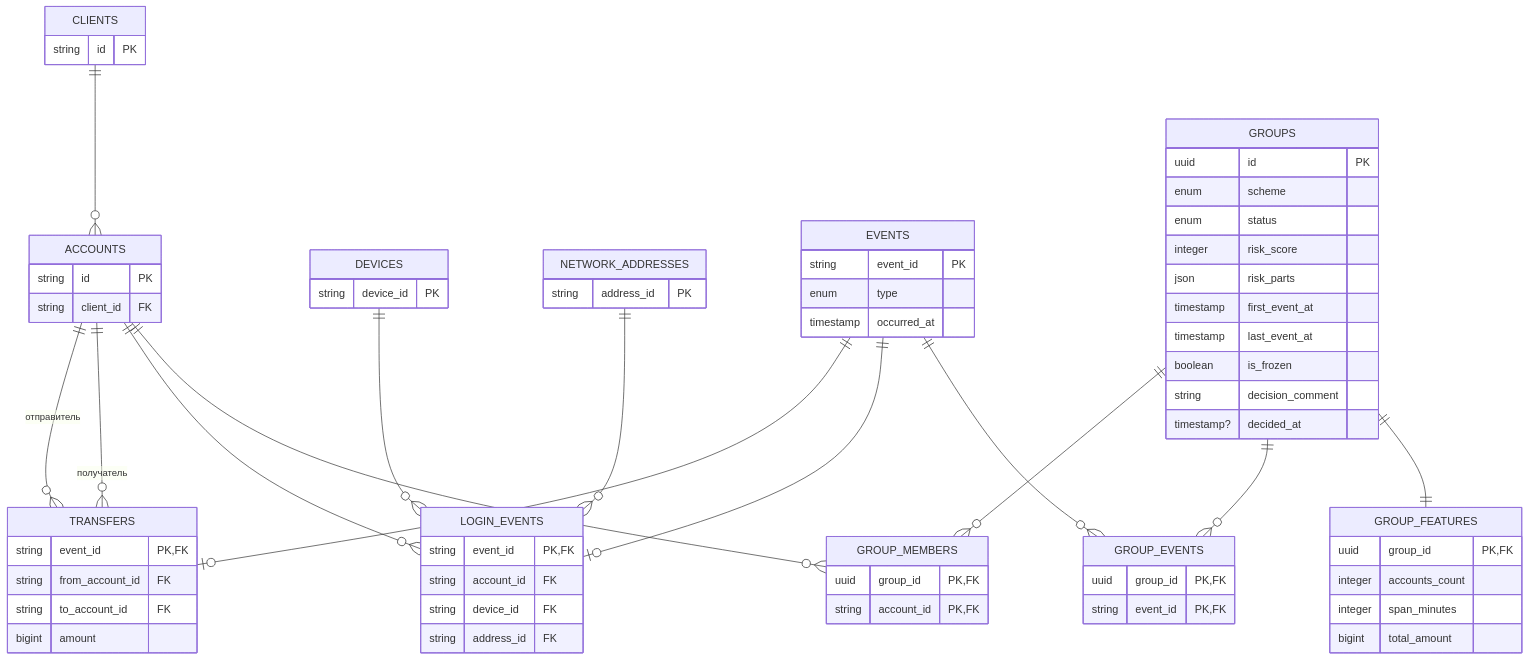
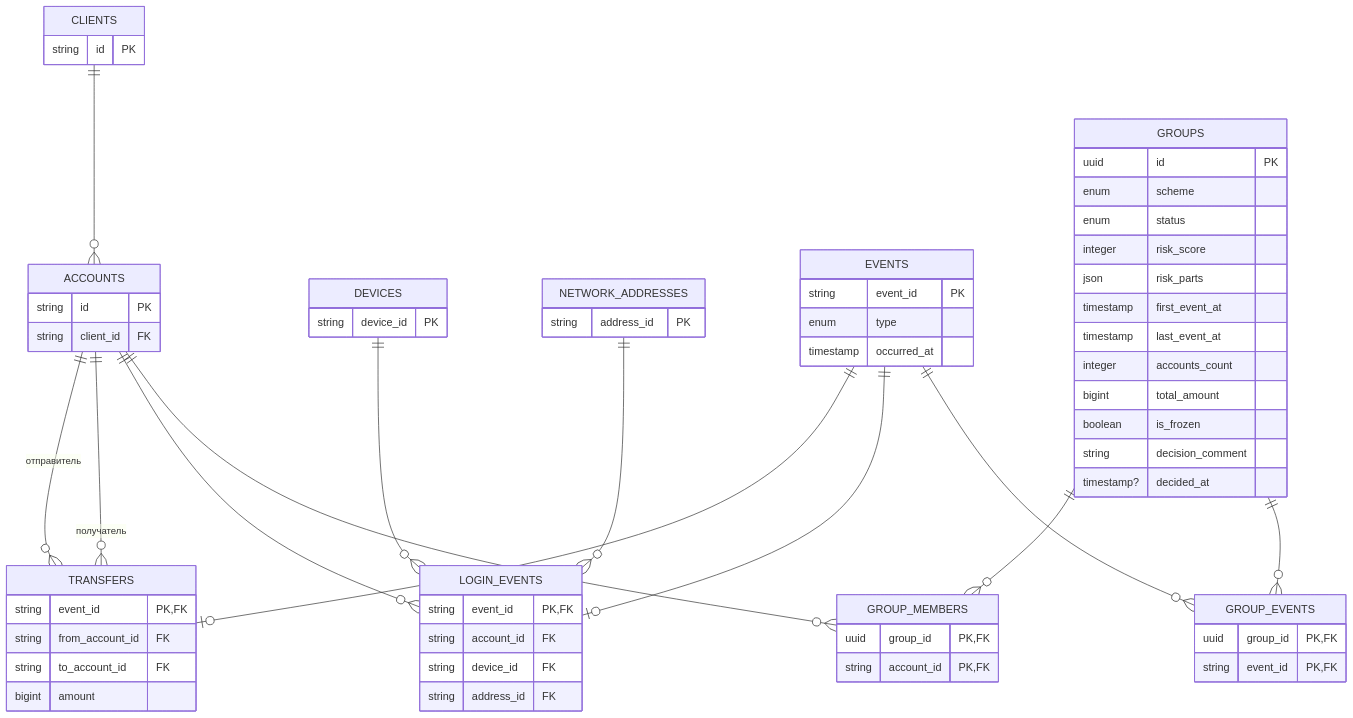
Before and after one commit to feytox/shugraph: the diagram in docs/entities.md, drawn with Mermaid. The commit also changed other lines of this file and 1 other file, not shown here.

````diff
--- a/docs/entities.md
+++ b/docs/entities.md
@@ -5,72 +5,67 @@
 ```mermaid
 erDiagram
     CLIENTS {
         string id PK
     }
     ACCOUNTS {
         string id PK
         string client_id FK
     }
     DEVICES {
         string device_id PK
     }
     NETWORK_ADDRESSES {
         string address_id PK
     }
     EVENTS {
         string event_id PK
         enum type
         timestamp occurred_at
     }
     TRANSFERS {
         string event_id PK, FK
         string from_account_id FK
         string to_account_id FK
         bigint amount
     }
     LOGIN_EVENTS {
         string event_id PK, FK
         string account_id FK
         string device_id FK
         string address_id FK
     }
     GROUPS {
         uuid id PK
         enum scheme
         enum status
         integer risk_score
         json risk_parts
         timestamp first_event_at
         timestamp last_event_at
+        integer accounts_count
+        bigint total_amount
         boolean is_frozen
         string decision_comment
         timestamp? decided_at
     }
     GROUP_MEMBERS {
         uuid group_id PK, FK
         string account_id PK, FK
     }
     GROUP_EVENTS {
         uuid group_id PK, FK
         string event_id PK, FK
-    }
-    GROUP_FEATURES {
-        uuid group_id PK, FK
-        integer accounts_count
-        integer span_minutes
-        bigint total_amount
     }
     CLIENTS ||--o{ ACCOUNTS : " "
     ACCOUNTS ||--o{ TRANSFERS : "отправитель"
     ACCOUNTS ||--o{ TRANSFERS : "получатель"
     EVENTS ||--o| TRANSFERS : " "
     EVENTS ||--o| LOGIN_EVENTS : " "
     ACCOUNTS ||--o{ LOGIN_EVENTS : " "
     DEVICES ||--o{ LOGIN_EVENTS : " "
     NETWORK_ADDRESSES ||--o{ LOGIN_EVENTS : " "
     GROUPS ||--o{ GROUP_MEMBERS : " "
     ACCOUNTS ||--o{ GROUP_MEMBERS : " "
     GROUPS ||--o{ GROUP_EVENTS : " "
     EVENTS ||--o{ GROUP_EVENTS : " "
-    GROUPS ||--|| GROUP_FEATURES : " "
 ```
````
